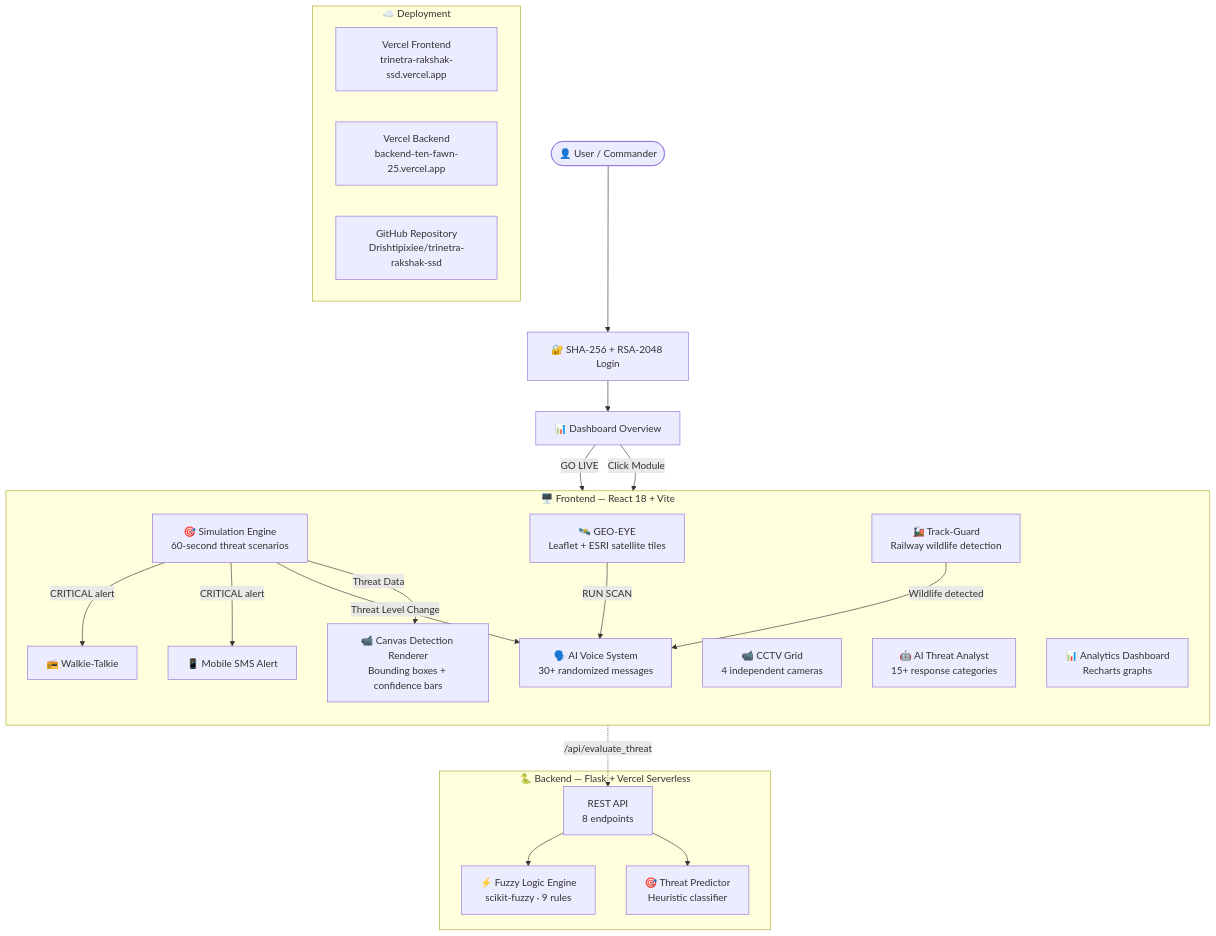
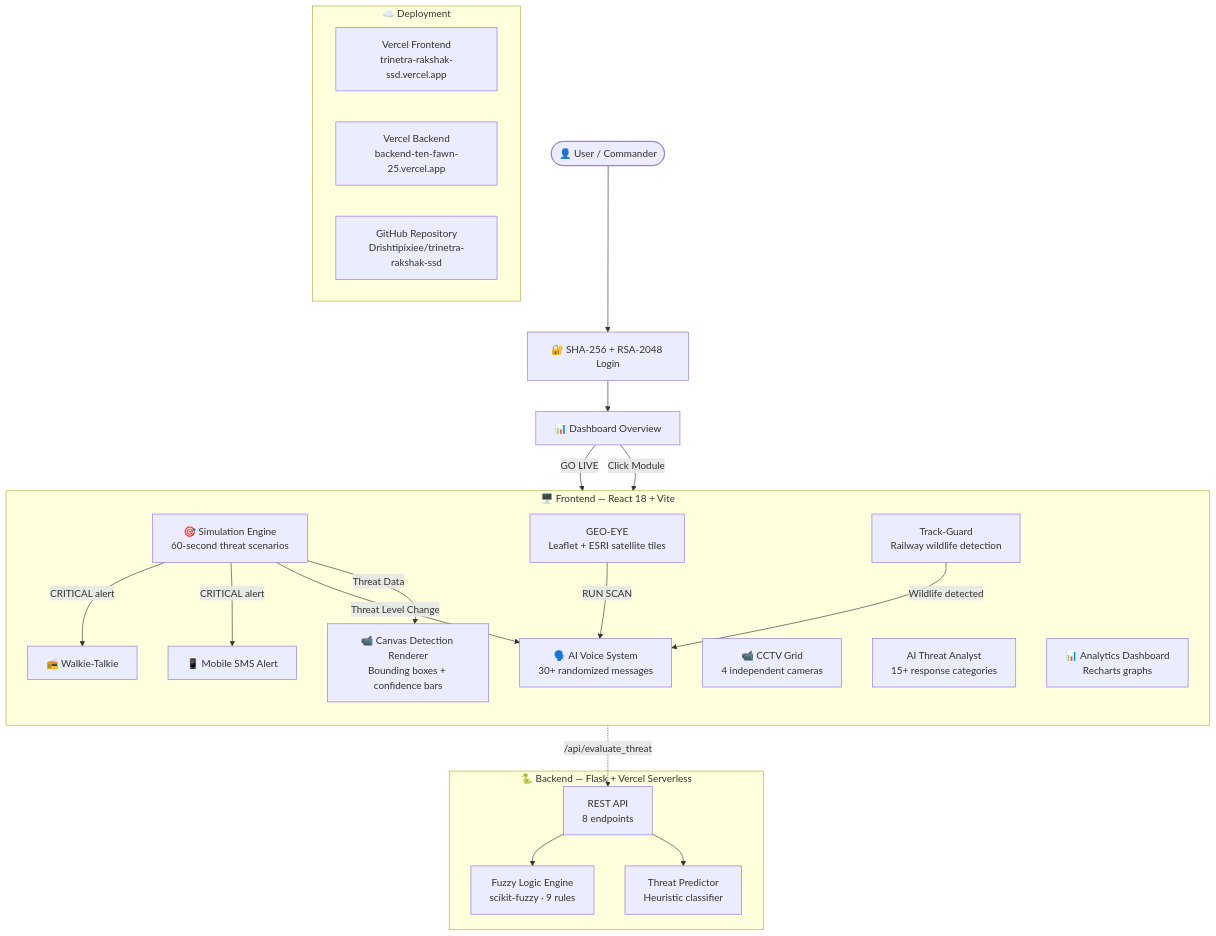
Before and after one commit to Drishtipixiee/trinetra-rakshak-ssd: the diagram in README.md, drawn with Mermaid. The commit also changed other lines of this file, not shown here.

````diff
--- a/README.md
+++ b/README.md
@@ -123,41 +122,41 @@
 ```mermaid
 flowchart TB
     USER([👤 User / Commander]) --> LOGIN[🔐 SHA-256 + RSA-2048 Login]
     LOGIN --> DASH[📊 Dashboard Overview]
 
     DASH --> |GO LIVE| SIM[🎯 Simulation Engine<br/>60-second threat scenarios]
     DASH --> |Click Module| TABS
 
     subgraph TABS [" 🖥️ Frontend — React 18 + Vite "]
         direction TB
         SIM --> |Threat Data| CANVAS[📹 Canvas Detection Renderer<br/>Bounding boxes + confidence bars]
         SIM --> |Threat Level Change| VOICE[🗣️ AI Voice System<br/>30+ randomized messages]
         SIM --> |CRITICAL alert| SMS[📱 Mobile SMS Alert]
         SIM --> |CRITICAL alert| RADIO[📻 Walkie-Talkie]
 
         CCTV[📹 CCTV Grid<br/>4 independent cameras]
-        GEO[🛰️ GEO-EYE<br/>Leaflet + ESRI satellite tiles]
-        TRACK[🚂 Track-Guard<br/>Railway wildlife detection]
-        CHAT[🤖 AI Threat Analyst<br/>15+ response categories]
+        GEO[GEO-EYE<br/>Leaflet + ESRI satellite tiles]
+        TRACK[Track-Guard<br/>Railway wildlife detection]
+        CHAT[AI Threat Analyst<br/>15+ response categories]
         ANALYTICS[📊 Analytics Dashboard<br/>Recharts graphs]
     end
 
     GEO --> |RUN SCAN| VOICE
     TRACK --> |Wildlife detected| VOICE
 
     subgraph BACKEND [" 🐍 Backend — Flask + Vercel Serverless "]
         API[REST API<br/>8 endpoints]
-        FUZZY[⚡ Fuzzy Logic Engine<br/>scikit-fuzzy · 9 rules]
-        PREDICT[🎯 Threat Predictor<br/>Heuristic classifier]
+        FUZZY[Fuzzy Logic Engine<br/>scikit-fuzzy · 9 rules]
+        PREDICT[ Threat Predictor<br/>Heuristic classifier]
         API --> FUZZY
         API --> PREDICT
     end
 
     SIM -.-> |/api/evaluate_threat| API
 
     subgraph DEPLOY [" ☁️ Deployment "]
         VERCEL_F[Vercel Frontend<br/>trinetra-rakshak-ssd.vercel.app]
         VERCEL_B[Vercel Backend<br/>backend-ten-fawn-25.vercel.app]
         GH[GitHub Repository<br/>Drishtipixiee/trinetra-rakshak-ssd]
     end
 ```
````
